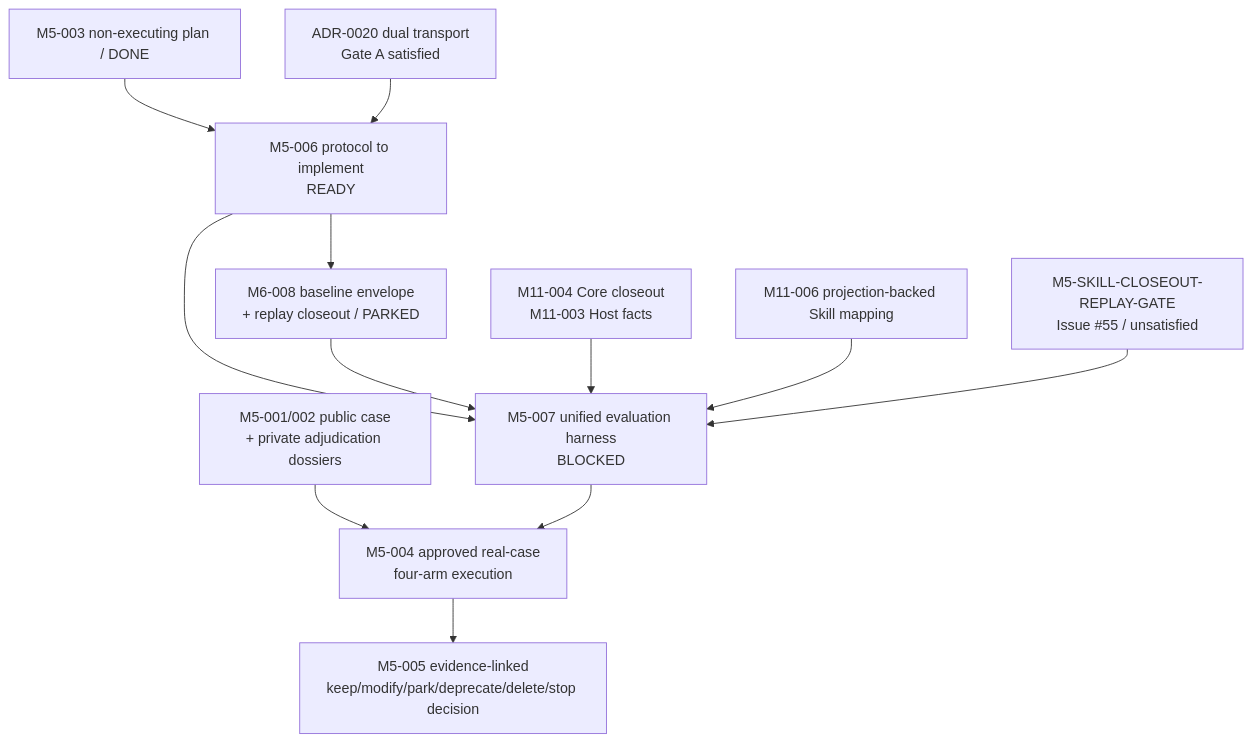
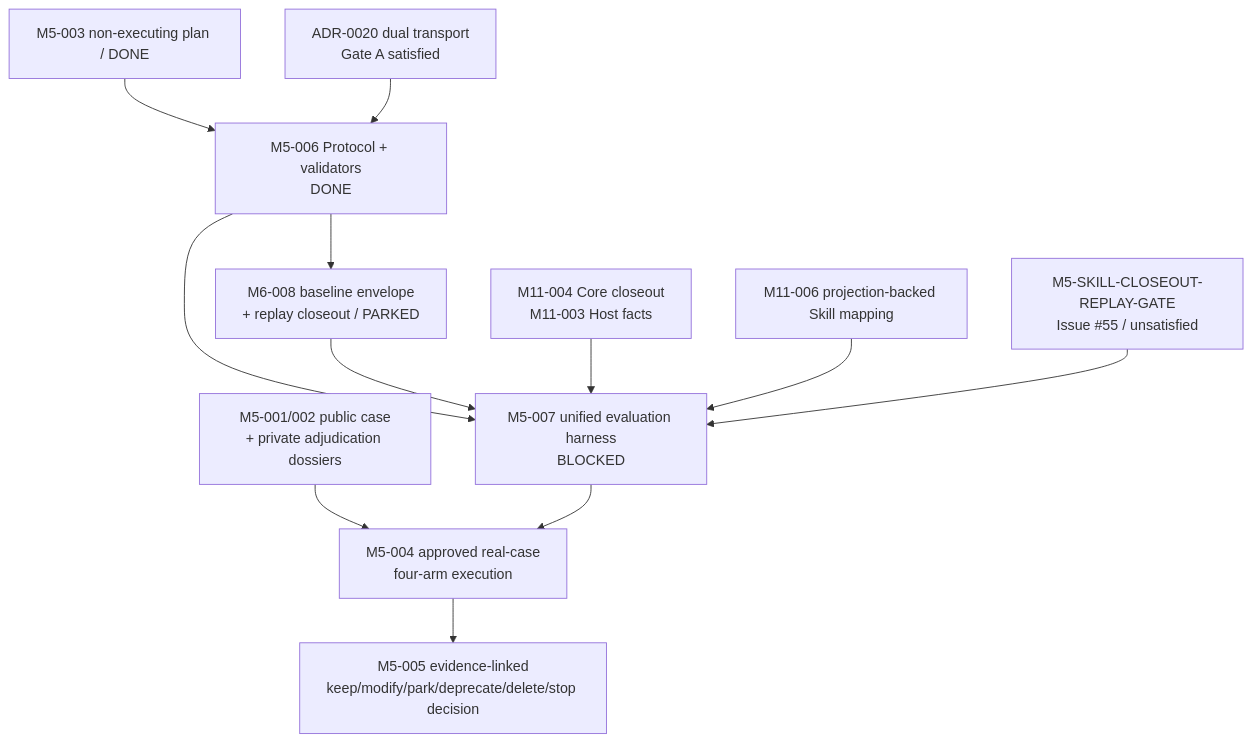
The second of 2 diagrams in docs/DEVELOPER_ARCHITECTURE_MAP.md (Chengyue-Lu/research-agent-workbench), drawn with Mermaid before and after one commit. The commit also changed other lines of this file and 11 other files, not shown here.

````diff
--- a/docs/DEVELOPER_ARCHITECTURE_MAP.md
+++ b/docs/DEVELOPER_ARCHITECTURE_MAP.md
@@ -421,14 +422,14 @@
 ```mermaid
 flowchart TD
-    M5003["M5-003 non-executing plan / DONE"] --> M5006["M5-006 protocol to implement<br/>READY"]
+    M5003["M5-003 non-executing plan / DONE"] --> M5006["M5-006 Protocol + validators<br/>DONE"]
     BTG["ADR-0020 dual transport<br/>Gate A satisfied"] --> M5006
     M5006 --> M5007["M5-007 unified evaluation harness<br/>BLOCKED"]
     M5006 --> M6008["M6-008 baseline envelope<br/>+ replay closeout / PARKED"]
     M6008 --> M5007
     M1104["M11-004 Core closeout<br/>M11-003 Host facts"] --> M5007
     M1106["M11-006 projection-backed Skill mapping"] --> M5007
     SCG["M5-SKILL-CLOSEOUT-REPLAY-GATE<br/>Issue #55 / unsatisfied"] --> M5007
     M5001["M5-001/002 public case<br/>+ private adjudication dossiers"] --> M5004["M5-004 approved real-case<br/>four-arm execution"]
     M5007 --> M5004
     M5004 --> M5005["M5-005 evidence-linked<br/>keep/modify/park/deprecate/delete/stop decision"]
 ```
````
